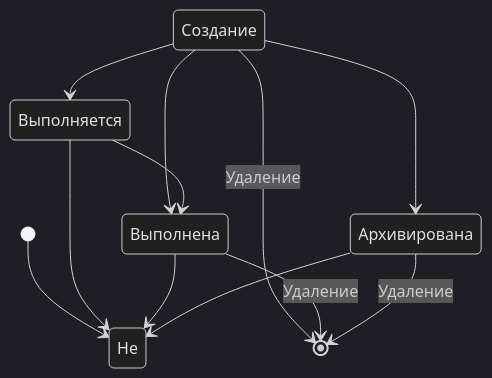
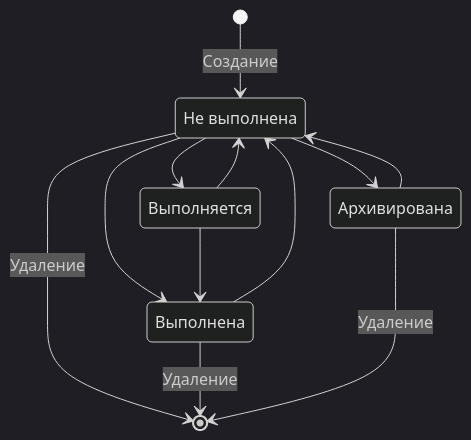
Before and after one commit to Kibnet/Unlimotion: the diagram in README.RU.md, drawn with Mermaid (dark theme). The commit also changed 1 other file, not shown here.

Commit message:
fix: Исправил отображение схем

````diff
--- a/README.RU.md
+++ b/README.RU.md
@@ -32,14 +32,18 @@
 ```mermaid
 stateDiagram-v2
-    [*] --> Не выполнена: Создание
-    Не выполнена --> [*]: Удаление
-    Не выполнена --> Выполнена
-    Не выполнена --> Архивирована
-    Не выполнена --> Выполняется
-    Выполняется --> Не выполнена
-    Выполняется --> Выполнена
-    Выполнена --> Не выполнена
-    Выполнена --> [*]: Удаление
-    Архивирована --> Не выполнена
-    Архивирована --> [*]: Удаление
+    uncomplited: Не выполнена
+    inprogress: Выполняется
+    archieved: Архивирована
+    completed: Выполнена
+    [*] --> uncomplited: Создание
+    uncomplited --> [*]: Удаление
+    completed--> [*]: Удаление
+    archieved --> [*]: Удаление
+    uncomplited --> completed
+    uncomplited --> archieved
+    uncomplited --> inprogress
+    inprogress --> uncomplited
+    inprogress --> completed
+    completed --> uncomplited
+    archieved --> uncomplited
 ```
````
